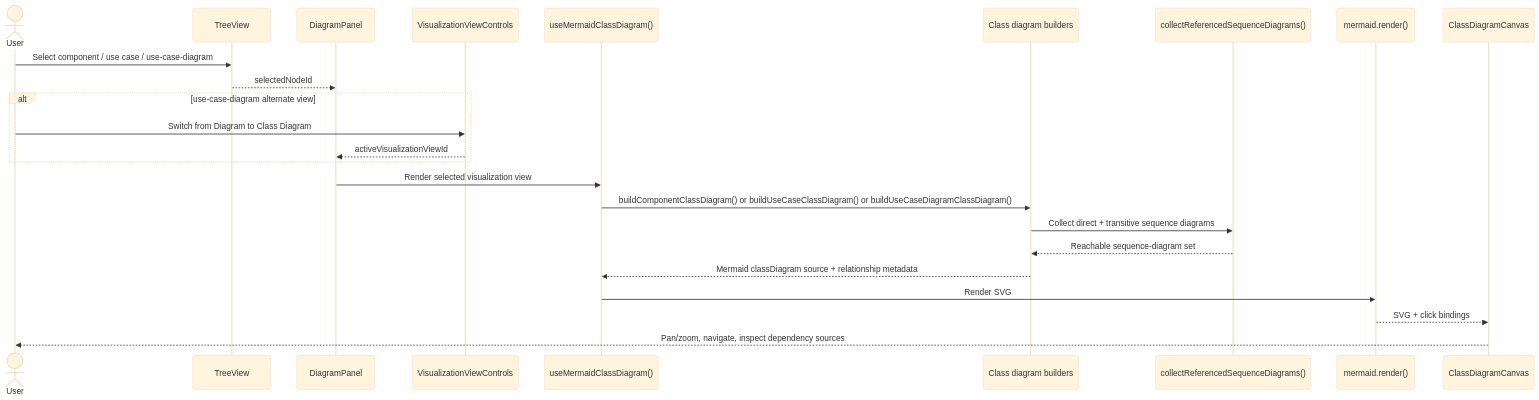
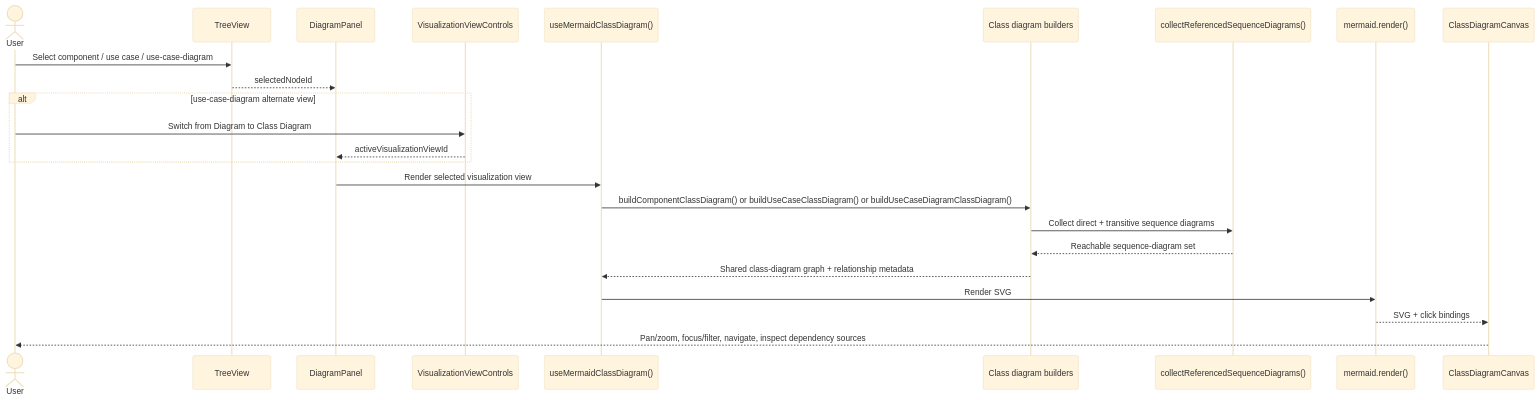
The fifth of 5 diagrams in README.md (twinprime/integra), drawn with Mermaid (base theme) before and after one commit. The commit also changed other lines of this file and 16 other files, not shown here.

````diff
--- a/README.md
+++ b/README.md
@@ -1007,27 +988,27 @@
 ```mermaid
 sequenceDiagram
     actor User
     participant Tree as TreeView
     participant Panel as DiagramPanel
     participant Views as VisualizationViewControls
     participant Hook as useMermaidClassDiagram()
     participant Builder as Class diagram builders
     participant Refs as collectReferencedSequenceDiagrams()
     participant Mermaid as mermaid.render()
     participant Canvas as ClassDiagramCanvas
 
     User->>Tree: Select component / use case / use-case-diagram
     Tree-->>Panel: selectedNodeId
     alt use-case-diagram alternate view
         User->>Views: Switch from Diagram to Class Diagram
         Views-->>Panel: activeVisualizationViewId
     end
     Panel->>Hook: Render selected visualization view
     Hook->>Builder: buildComponentClassDiagram() or buildUseCaseClassDiagram() or buildUseCaseDiagramClassDiagram()
     Builder->>Refs: Collect direct + transitive sequence diagrams
     Refs-->>Builder: Reachable sequence-diagram set
-    Builder-->>Hook: Mermaid classDiagram source + relationship metadata
+    Builder-->>Hook: Shared class-diagram graph + relationship metadata
     Hook->>Mermaid: Render SVG
     Mermaid-->>Canvas: SVG + click bindings
-    Canvas-->>User: Pan/zoom, navigate, inspect dependency sources
+    Canvas-->>User: Pan/zoom, focus/filter, navigate, inspect dependency sources
 ```
````
